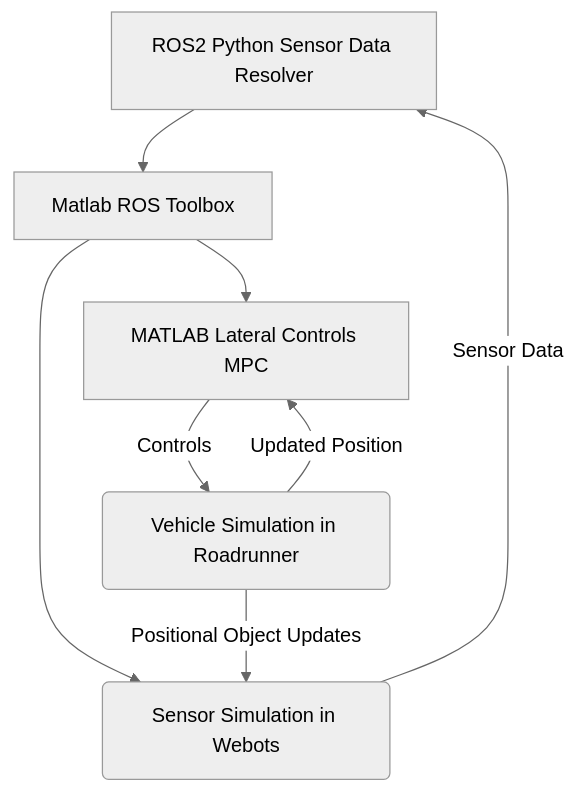
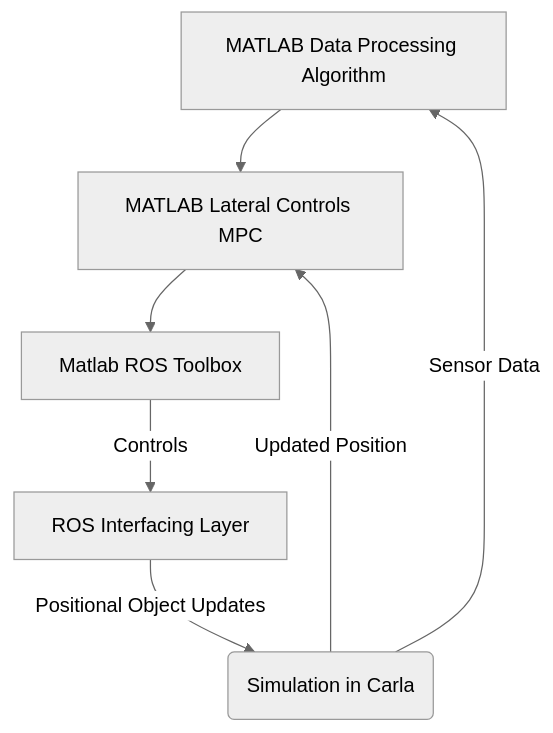
Before and after one commit to SahujMehta/CS560ProjectLaneLineDetection: the diagram in README.md, drawn with Mermaid (neutral theme). The commit also changed other lines of this file, not shown here.

````diff
--- a/README.md
+++ b/README.md
@@ -22,11 +34,11 @@
 ```mermaid
 graph
-A[ROS2 Python Sensor Data Resolver]
-A --> C[Matlab ROS Toolbox]
-C --> D[MATLAB Lateral Controls MPC]
-D -- Controls-->B(Vehicle Simulation in Roadrunner)
-B --Updated Position-->D
-C-->E(Sensor Simulation in Webots)
+A[MATLAB Data Processing Algorithm]
+A --> C[MATLAB Lateral Controls MPC]
+C --> D[Matlab ROS Toolbox]
+D -- Controls-->B[ROS Interfacing Layer]
+
+E(Simulation in Carla)--Updated Position-->C
 E--Sensor Data-->A
 B--Positional Object Updates-->E
 ```
````
